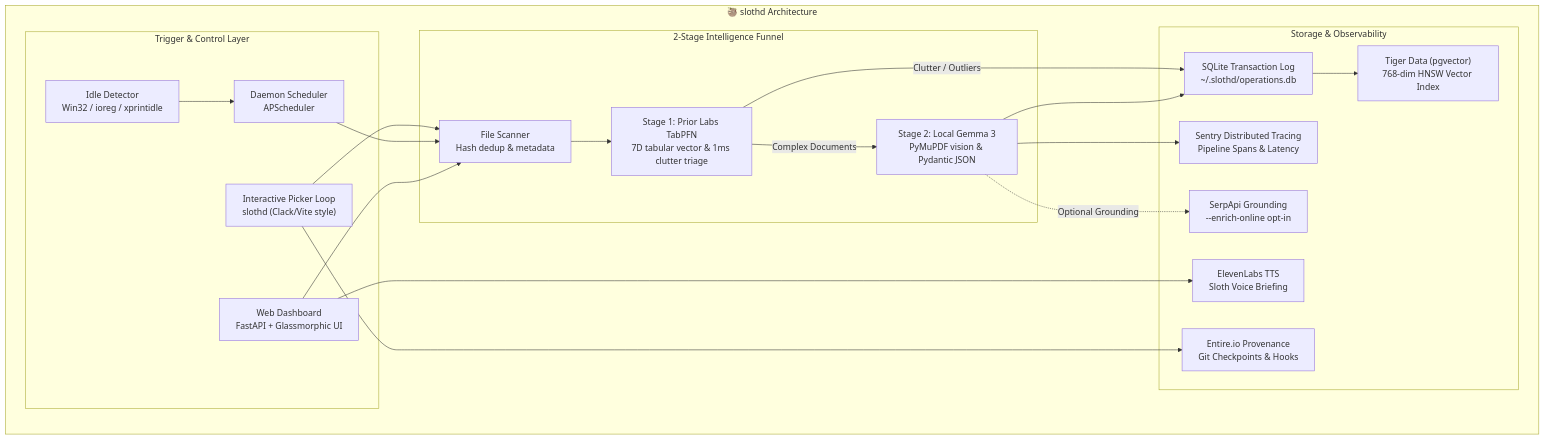
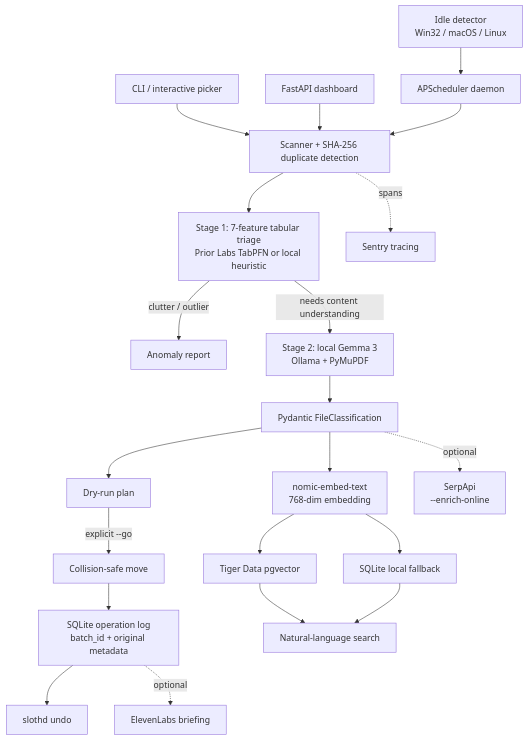
Before and after one commit to JaniDhruv/slothd: the diagram in README.md, drawn with Mermaid. The commit also changed other lines of this file, not shown here.

Commit message:
docs: clean and professional README for slothd

````diff
--- a/README.md
+++ b/README.md
@@ -42,40 +55,26 @@
 ```mermaid
-graph TB
-    subgraph "🦥 slothd Architecture"
-        subgraph "Trigger & Control Layer"
-            IDLE["Idle Detector<br/>Win32 / ioreg / xprintidle"]
-            DAEMON["Daemon Scheduler<br/>APScheduler"]
-            PICKER["Interactive Picker Loop<br/>slothd (Clack/Vite style)"]
-            WEB_UI["Web Dashboard<br/>FastAPI + Glassmorphic UI"]
-        end
+flowchart TD
+    IDLE["Idle detector<br/>Win32 / macOS / Linux"] --> SCHED["APScheduler daemon"]
+    CLI["CLI / interactive picker"] --> SCAN["Scanner + SHA-256 duplicate detection"]
+    WEB["FastAPI dashboard"] --> SCAN
+    SCHED --> SCAN
 
-        subgraph "2-Stage Intelligence Funnel"
-            SCANNER["File Scanner<br/>Hash dedup & metadata"]
-            TABPFN["Stage 1: Prior Labs TabPFN<br/>7D tabular vector & 1ms clutter triage"]
-            GEMMA["Stage 2: Local Gemma 3<br/>PyMuPDF vision & Pydantic JSON"]
-        end
+    SCAN --> TRIAGE["Stage 1: 7-feature tabular triage<br/>Prior Labs TabPFN or local heuristic"]
+    TRIAGE -->|clutter / outlier| REPORT["Anomaly report"]
+    TRIAGE -->|needs content understanding| GEMMA["Stage 2: local Gemma 3<br/>Ollama + PyMuPDF"]
+    GEMMA --> CLASS["Pydantic FileClassification"]
+    CLASS --> PREVIEW["Dry-run plan"]
+    PREVIEW -->|explicit --go| MOVE["Collision-safe move"]
+    MOVE --> LOG["SQLite operation log<br/>batch_id + original metadata"]
+    LOG --> UNDO["slothd undo"]
 
-        subgraph "Storage & Observability"
-            SQLITE["SQLite Transaction Log<br/>~/.slothd/operations.db"]
-            TIGER["Tiger Data (pgvector)<br/>768-dim HNSW Vector Index"]
-            SENTRY["Sentry Distributed Tracing<br/>Pipeline Spans & Latency"]
-            SERPAPI["SerpApi Grounding<br/>--enrich-online opt-in"]
-            ELEVEN["ElevenLabs TTS<br/>Sloth Voice Briefing"]
-            ENTIRE["Entire.io Provenance<br/>Git Checkpoints & Hooks"]
-        end
-    end
+    CLASS --> EMBED["nomic-embed-text<br/>768-dim embedding"]
+    EMBED --> TIGER["Tiger Data pgvector"]
+    EMBED --> SQLITE["SQLite local fallback"]
+    TIGER --> SEARCH["Natural-language search"]
+    SQLITE --> SEARCH
 
-    IDLE --> DAEMON
-    PICKER --> SCANNER
-    DAEMON --> SCANNER
-    WEB_UI --> SCANNER
-    SCANNER --> TABPFN
-    TABPFN -->|Clutter / Outliers| SQLITE
-    TABPFN -->|Complex Documents| GEMMA
-    GEMMA --> SENTRY
-    GEMMA -.->|Optional Grounding| SERPAPI
-    GEMMA --> SQLITE
-    SQLITE --> TIGER
-    WEB_UI --> ELEVEN
-    PICKER --> ENTIRE
+    CLASS -. optional .-> SERP["SerpApi<br/>--enrich-online"]
+    LOG -. optional .-> TTS["ElevenLabs briefing"]
+    SCAN -. spans .-> SENTRY["Sentry tracing"]
 ```
````
